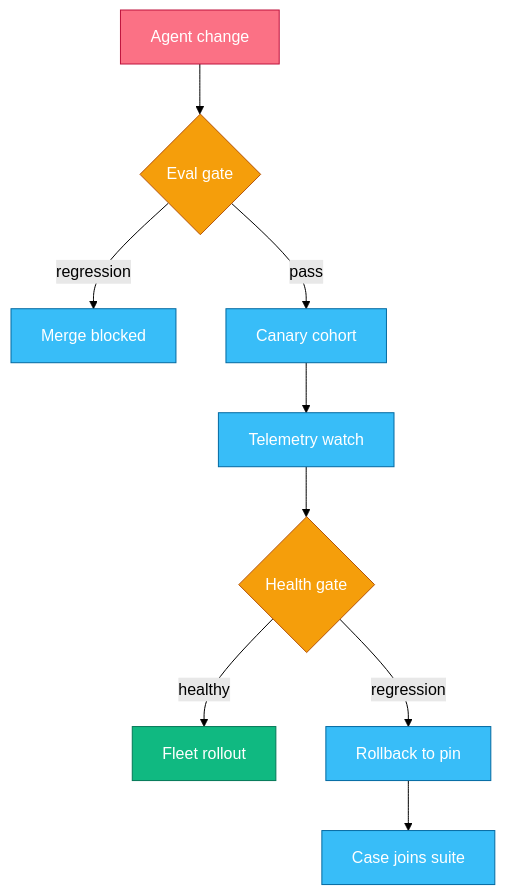
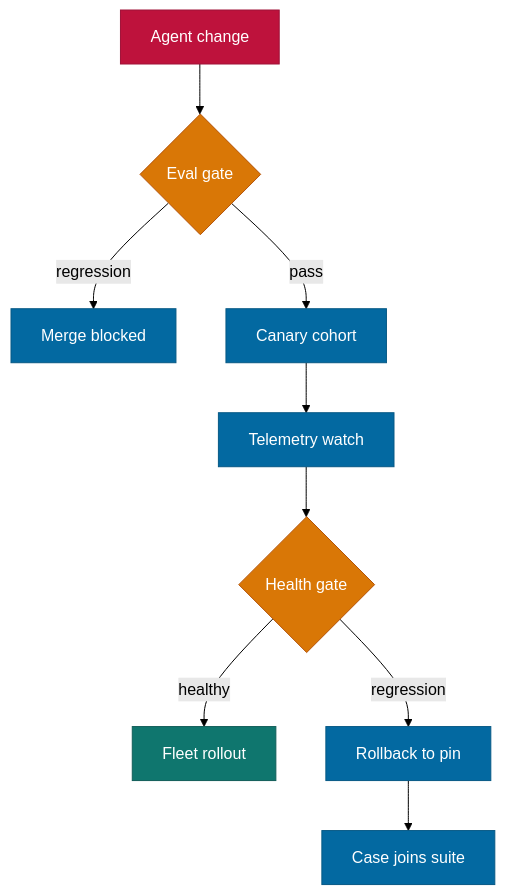
One commit to sanketsudake/agentic-engineering changed the first of 2 diagrams in chapters/ch13.md. Above: the diagram before and after it, drawn with Mermaid (forest theme). The commit also changed 23 other files, not shown here.

````diff
--- a/chapters/ch13.md
+++ b/chapters/ch13.md
@@ -137,19 +137,19 @@
 ```mermaid
 flowchart TD
   CH[Agent change] --> EG{Eval gate}
   EG -->|regression| BL[Merge blocked]
   EG -->|pass| CN[Canary cohort]
   CN --> TW[Telemetry watch]
   TW --> HG{Health gate}
   HG -->|healthy| FR[Fleet rollout]
   HG -->|regression| RB[Rollback to pin]
   RB --> RC[Case joins suite]
-  classDef lease fill:#f59e0b,stroke:#b45309,color:#fff
-  classDef resource fill:#fb7185,stroke:#be123c,color:#fff
-  classDef process fill:#38bdf8,stroke:#0369a1,color:#fff
-  classDef leader fill:#10b981,stroke:#047857,color:#fff
+  classDef lease fill:#D97706,stroke:#B45309,color:#fff
+  classDef resource fill:#BE123C,stroke:#9F1239,color:#fff
+  classDef process fill:#0369A1,stroke:#075985,color:#fff
+  classDef leader fill:#0F766E,stroke:#115E59,color:#fff
   class EG,HG lease
   class CH resource
   class BL,CN,TW,RB,RC process
   class FR leader
 ```
````
